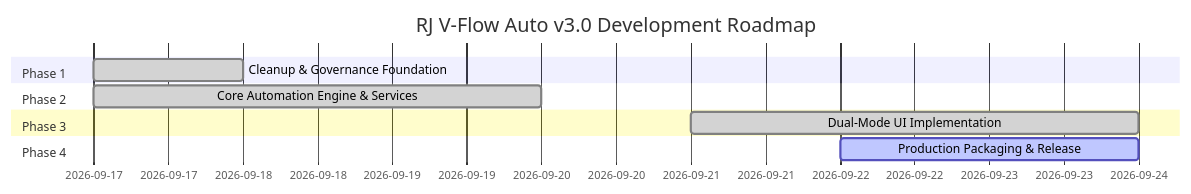
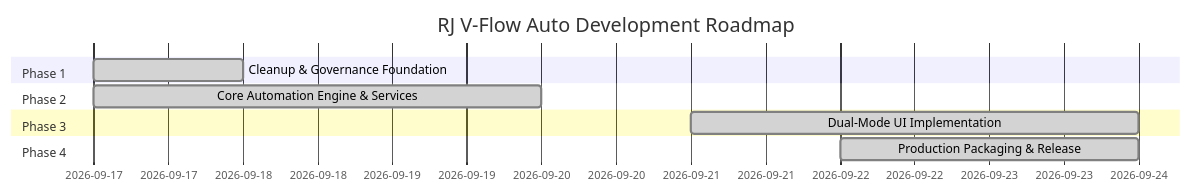
One commit to riiicil/rj-vflow-auto changed the diagram in docs/ROADMAP.md. Above: the diagram before and after it, drawn with Mermaid. The commit also changed other lines of this file and 15 other files, not shown here.

````diff
--- a/docs/ROADMAP.md
+++ b/docs/ROADMAP.md
@@ -9,13 +9,13 @@
 ```mermaid
 gantt
-    title RJ V-Flow Auto v3.0 Development Roadmap
+    title RJ V-Flow Auto Development Roadmap
     dateFormat  YYYY-MM-DD
     section Phase 1
     Cleanup & Governance Foundation       :done, 2026-09-17, 1d
     section Phase 2
     Core Automation Engine & Services     :done, 2026-09-17, 3d
     section Phase 3
     Dual-Mode UI Implementation           :done, 2026-09-21, 3d
     section Phase 4
-    Production Packaging & Release        :active, 2026-09-22, 2d
+    Production Packaging & Release        :done, 2026-09-22, 2d
 ```
````
